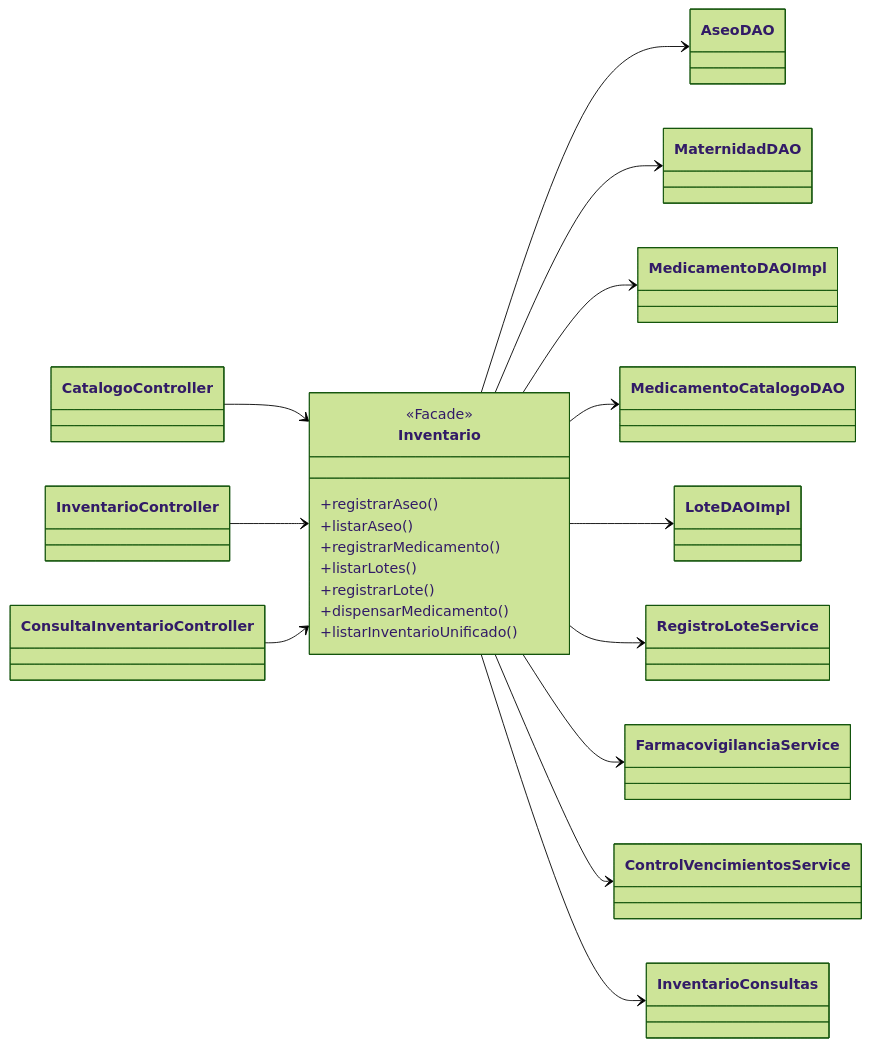
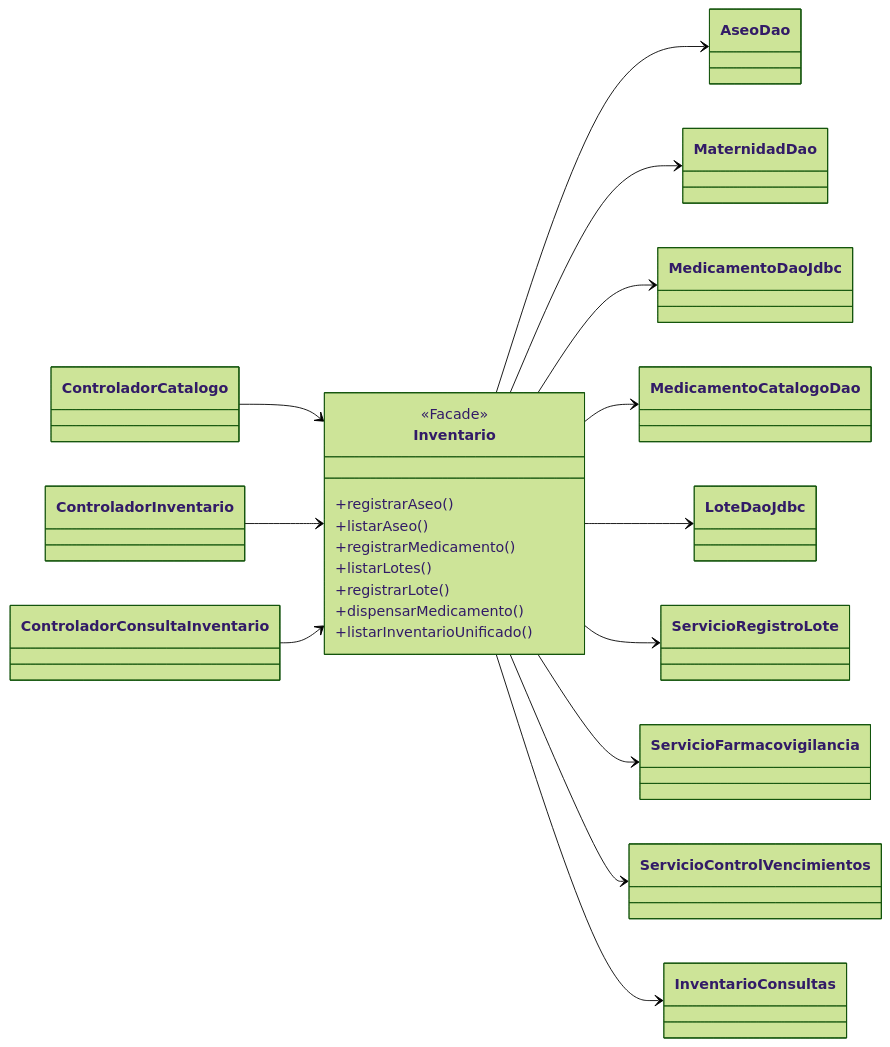
One commit to puj-course/FIS_2630_1204_G1 changed the diagram in docs/architecture/design/PATRON_FACADE_INVENTARIO.md. Above: the diagram before and after it, drawn with Mermaid (forest theme). The commit also changed other lines of this file and 121 other files, not shown here.

````diff
--- a/docs/architecture/design/PATRON_FACADE_INVENTARIO.md
+++ b/docs/architecture/design/PATRON_FACADE_INVENTARIO.md
@@ -13,39 +13,39 @@
 ```mermaid
 classDiagram
     direction LR
     class Inventario {
         <<Facade>>
         +registrarAseo()
         +listarAseo()
         +registrarMedicamento()
         +listarLotes()
         +registrarLote()
         +dispensarMedicamento()
         +listarInventarioUnificado()
     }
-    class CatalogoController
-    class InventarioController
-    class ConsultaInventarioController
-    class AseoDAO
-    class MaternidadDAO
-    class MedicamentoDAOImpl
-    class MedicamentoCatalogoDAO
-    class LoteDAOImpl
-    class RegistroLoteService
-    class FarmacovigilanciaService
-    class ControlVencimientosService
+    class ControladorCatalogo
+    class ControladorInventario
+    class ControladorConsultaInventario
+    class AseoDao
+    class MaternidadDao
+    class MedicamentoDaoJdbc
+    class MedicamentoCatalogoDao
+    class LoteDaoJdbc
+    class ServicioRegistroLote
+    class ServicioFarmacovigilancia
+    class ServicioControlVencimientos
     class InventarioConsultas
 
-    CatalogoController --> Inventario
-    InventarioController --> Inventario
-    ConsultaInventarioController --> Inventario
-    Inventario --> AseoDAO
-    Inventario --> MaternidadDAO
-    Inventario --> MedicamentoDAOImpl
-    Inventario --> MedicamentoCatalogoDAO
-    Inventario --> LoteDAOImpl
-    Inventario --> RegistroLoteService
-    Inventario --> FarmacovigilanciaService
-    Inventario --> ControlVencimientosService
+    ControladorCatalogo --> Inventario
+    ControladorInventario --> Inventario
+    ControladorConsultaInventario --> Inventario
+    Inventario --> AseoDao
+    Inventario --> MaternidadDao
+    Inventario --> MedicamentoDaoJdbc
+    Inventario --> MedicamentoCatalogoDao
+    Inventario --> LoteDaoJdbc
+    Inventario --> ServicioRegistroLote
+    Inventario --> ServicioFarmacovigilancia
+    Inventario --> ServicioControlVencimientos
     Inventario --> InventarioConsultas
 ```
````
